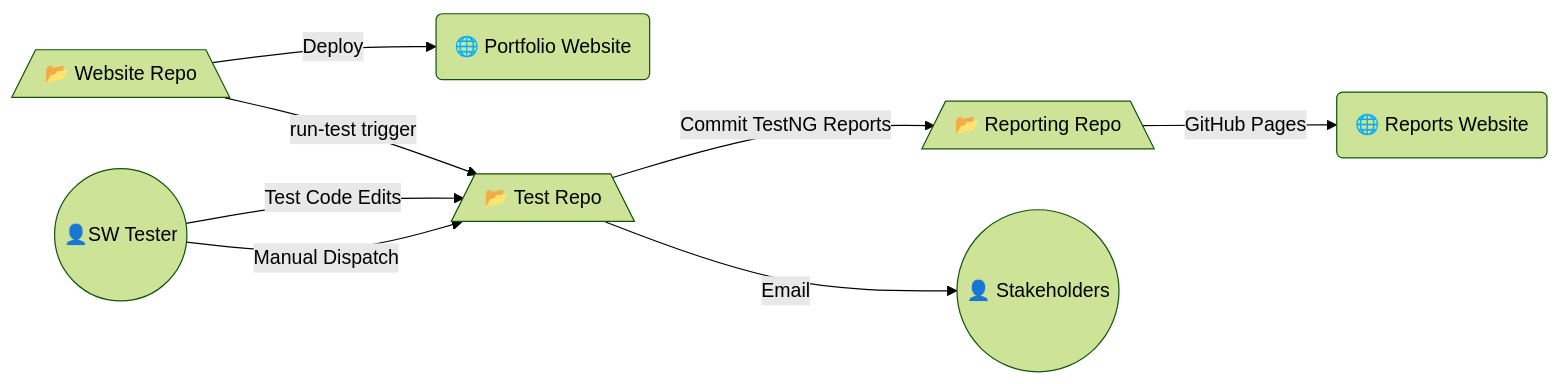
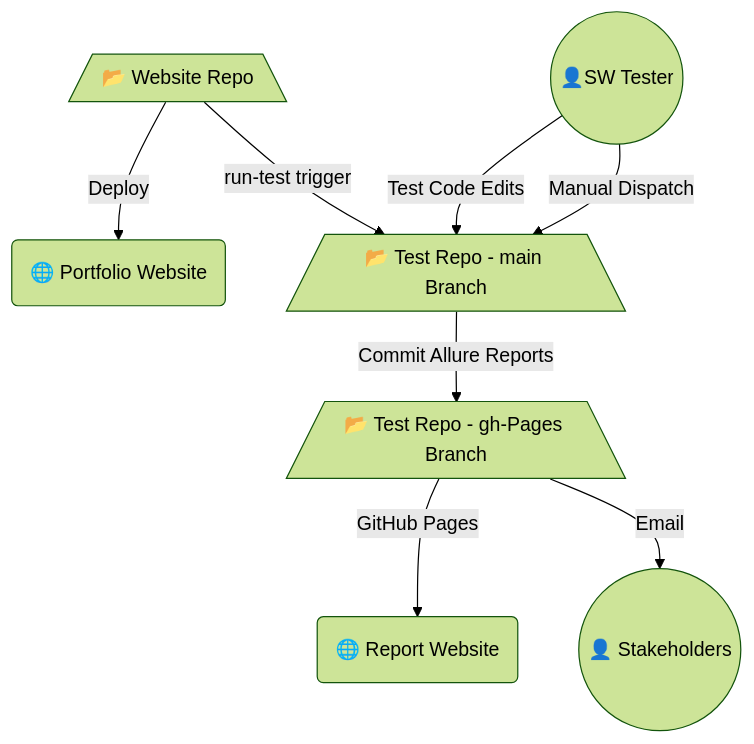
The diagram in README.md (MahmoudFawzyAOE2/mft1998-portfolio-TestAutomation), drawn with Mermaid (forest theme) before and after one commit. The commit also changed other lines of this file, not shown here.

````diff
--- a/README.md
+++ b/README.md
@@ -111,11 +104,10 @@
 ```mermaid
-graph LR
-
-    A -- Deploy --> F(🌐 Portfolio Website)
-    A[/📂 Website Repo\] -- run-test trigger --> B[/📂 Test Repo\]
-    B -- Commit TestNG Reports --> C[/📂 Reporting Repo\]
-    C -- GitHub Pages --> D(🌐 Reports Website)
-    B -- Email --> G((👤 Stakeholders))
+graph TD
+    A[/📂 Website Repo\] -- Deploy --> F(🌐 Portfolio Website)
+    A -- run-test trigger --> B[/📂 Test Repo - main Branch\]
     E -- Test Code Edits --> B
     E((👤SW Tester)) -- Manual Dispatch --> B
+    B -- Commit Allure Reports --> C[/📂 Test Repo - gh-Pages Branch\]
+    C -- GitHub Pages --> D(🌐 Report Website)
+    C -- Email --> G((👤 Stakeholders))   
 ```
````
